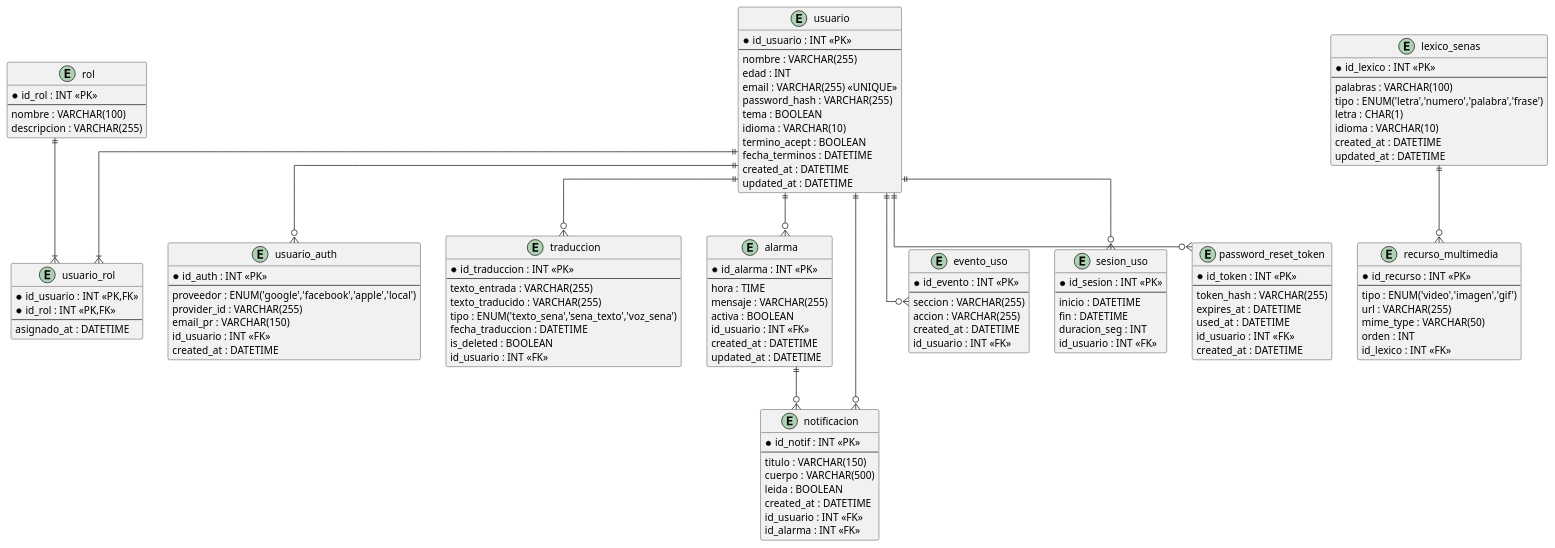
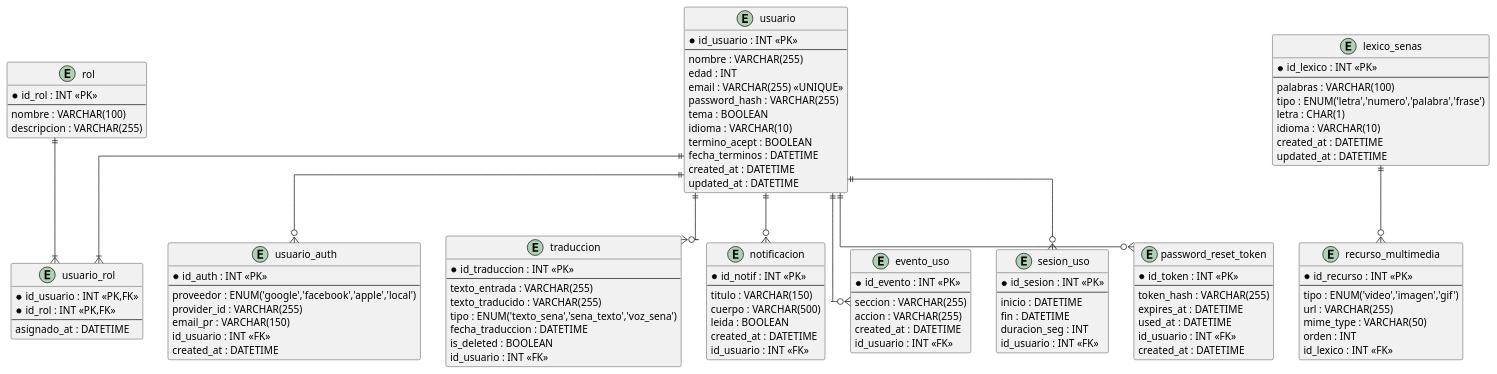
One commit to tadeo77789/TraduceSe-as changed the diagram in Diagramas/CMER.puml. Above: the diagram before and after it, drawn with PlantUML. The commit also changed 8 other files, not shown here.

Commit message:
docs: remove alarms feature references from database scripts, diagrams and documentation

```diff
--- a/Diagramas/CMER.puml
+++ b/Diagramas/CMER.puml
@@ -1,161 +1,146 @@
 @startuml CMER
 
 ' ─────────────────────────────────────────────────────────────────────────────
 ' CMER — Modelo Entidad-Relación Corregido para "Traduce Señas"
 ' Correcciones aplicadas sobre MER.puml:
 '  1. Nueva entidad `notificacion` (estaba en types/index.ts pero no en el MER)
 '  2. Campo `tipo` agregado a `traduccion` (TipoTraduccion del frontend)
 '  3. Convención unificada a snake_case (estándar PostgreSQL)
 '  4. `seccionuso` renombrado a `sesion_uso` (era ambiguo con eventoUso.seccion)
 '  5. Cardinalidades completas en ambos extremos
 '  6. PKs y FKs marcadas explícitamente
 '  7. `password` → `password_hash` y campos de auditoría (created_at/updated_at)
 '  8. Valores de ENUM documentados
 '  9. `email` marcado como UNIQUE
-' 10. Relación `alarma → notificacion` agregada
 ' ─────────────────────────────────────────────────────────────────────────────
 
 skinparam linetype ortho
 skinparam entity {
   BackgroundColor #DBEAFE
   BorderColor #3B82F6
   FontName Arial
 }
 
 entity "usuario" as usuario {
   * id_usuario : INT <<PK>>
   --
   nombre : VARCHAR(255)
   edad : INT
   email : VARCHAR(255) <<UNIQUE>>
   password_hash : VARCHAR(255)
   tema : BOOLEAN
   idioma : VARCHAR(10)
   termino_acept : BOOLEAN
   fecha_terminos : DATETIME
   created_at : DATETIME
   updated_at : DATETIME
 }
 
 entity "usuario_auth" as usuario_auth {
   * id_auth : INT <<PK>>
   --
   proveedor : ENUM('google','facebook','apple','local')
   provider_id : VARCHAR(255)
   email_pr : VARCHAR(150)
   id_usuario : INT <<FK>>
   created_at : DATETIME
 }
 
 entity "rol" as rol {
   * id_rol : INT <<PK>>
   --
   nombre : VARCHAR(100)
   descripcion : VARCHAR(255)
 }
 
 entity "usuario_rol" as usuario_rol {
   * id_usuario : INT <<PK,FK>>
   * id_rol : INT <<PK,FK>>
   --
   asignado_at : DATETIME
 }
 
 entity "traduccion" as traduccion {
   * id_traduccion : INT <<PK>>
   --
   texto_entrada : VARCHAR(255)
   texto_traducido : VARCHAR(255)
   tipo : ENUM('texto_sena','sena_texto','voz_sena')
   fecha_traduccion : DATETIME
   is_deleted : BOOLEAN
   id_usuario : INT <<FK>>
 }
 
 entity "lexico_senas" as lexico_senas {
   * id_lexico : INT <<PK>>
   --
   palabras : VARCHAR(100)
   tipo : ENUM('letra','numero','palabra','frase')
   letra : CHAR(1)
   idioma : VARCHAR(10)
   created_at : DATETIME
   updated_at : DATETIME
 }
 
 entity "recurso_multimedia" as recurso_multimedia {
   * id_recurso : INT <<PK>>
   --
   tipo : ENUM('video','imagen','gif')
   url : VARCHAR(255)
   mime_type : VARCHAR(50)
   orden : INT
   id_lexico : INT <<FK>>
 }
 
-entity "alarma" as alarma {
-  * id_alarma : INT <<PK>>
-  --
-  hora : TIME
-  mensaje : VARCHAR(255)
-  activa : BOOLEAN
-  id_usuario : INT <<FK>>
-  created_at : DATETIME
-  updated_at : DATETIME
-}
-
 entity "notificacion" as notificacion {
   * id_notif : INT <<PK>>
   --
   titulo : VARCHAR(150)
   cuerpo : VARCHAR(500)
   leida : BOOLEAN
   created_at : DATETIME
   id_usuario : INT <<FK>>
-  id_alarma : INT <<FK>>
 }
 
 entity "evento_uso" as evento_uso {
   * id_evento : INT <<PK>>
   --
   seccion : VARCHAR(255)
   accion : VARCHAR(255)
   created_at : DATETIME
   id_usuario : INT <<FK>>
 }
 
 entity "sesion_uso" as sesion_uso {
   * id_sesion : INT <<PK>>
   --
   inicio : DATETIME
   fin : DATETIME
   duracion_seg : INT
   id_usuario : INT <<FK>>
 }
 
 entity "password_reset_token" as password_reset_token {
   * id_token : INT <<PK>>
   --
   token_hash : VARCHAR(255)
   expires_at : DATETIME
   used_at : DATETIME
   id_usuario : INT <<FK>>
   created_at : DATETIME
 }
 
 ' ─── Relaciones ───────────────────────────────────────────────────────────────
 ' Notación: ||--o{ = uno a cero-o-muchos ; ||--|{ = uno a uno-o-muchos
 
 usuario       ||--o{ usuario_auth
 usuario       ||--|{ usuario_rol
 rol           ||--|{ usuario_rol
 usuario       ||--o{ traduccion
-usuario       ||--o{ alarma
 usuario       ||--o{ notificacion
 usuario       ||--o{ evento_uso
 usuario       ||--o{ sesion_uso
 usuario       ||--o{ password_reset_token
 lexico_senas  ||--o{ recurso_multimedia
-alarma        ||--o{ notificacion
 
 @enduml
```
